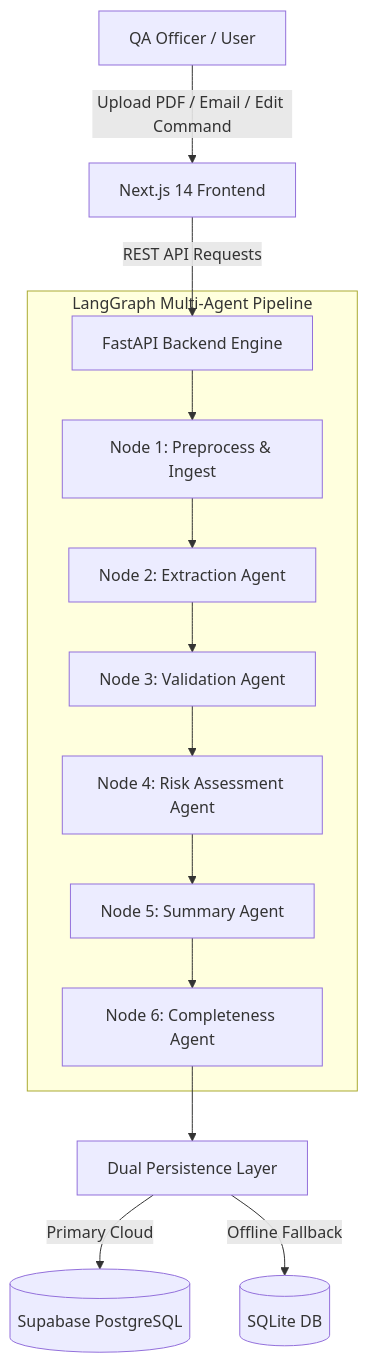
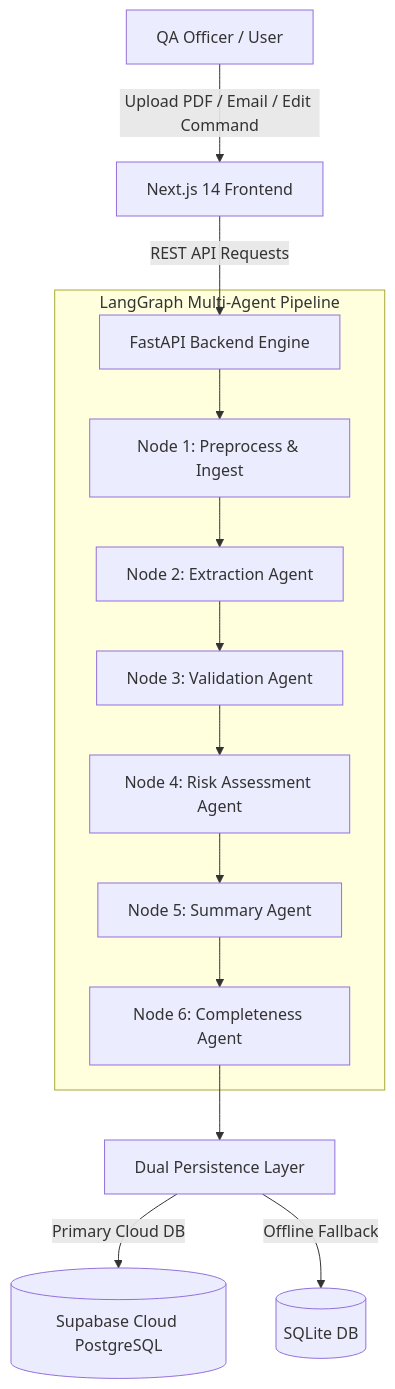
Before and after one commit to manoj07-ai/QMS: the diagram in README.md, drawn with Mermaid. The commit also changed other lines of this file, not shown here.

Commit message:
Update README.md with live Supabase database details, RLS enablement, and API contract details

````diff
--- a/README.md
+++ b/README.md
@@ -48,18 +48,18 @@
 ```mermaid
 graph TD
     A["QA Officer / User"] -->|"Upload PDF / Email / Edit Command"| B["Next.js 14 Frontend"]
     B -->|"REST API Requests"| C["FastAPI Backend Engine"]
     
     subgraph LangGraph Multi-Agent Pipeline
         C --> D["Node 1: Preprocess & Ingest"]
         D --> E["Node 2: Extraction Agent"]
         E --> F["Node 3: Validation Agent"]
         F --> G["Node 4: Risk Assessment Agent"]
         G --> H["Node 5: Summary Agent"]
         H --> I["Node 6: Completeness Agent"]
     end
     
     I --> J["Dual Persistence Layer"]
-    J -->|"Primary Cloud"| K[("Supabase PostgreSQL")]
+    J -->|"Primary Cloud DB"| K[("Supabase Cloud PostgreSQL")]
     J -->|"Offline Fallback"| L[("SQLite DB")]
 ```
````
